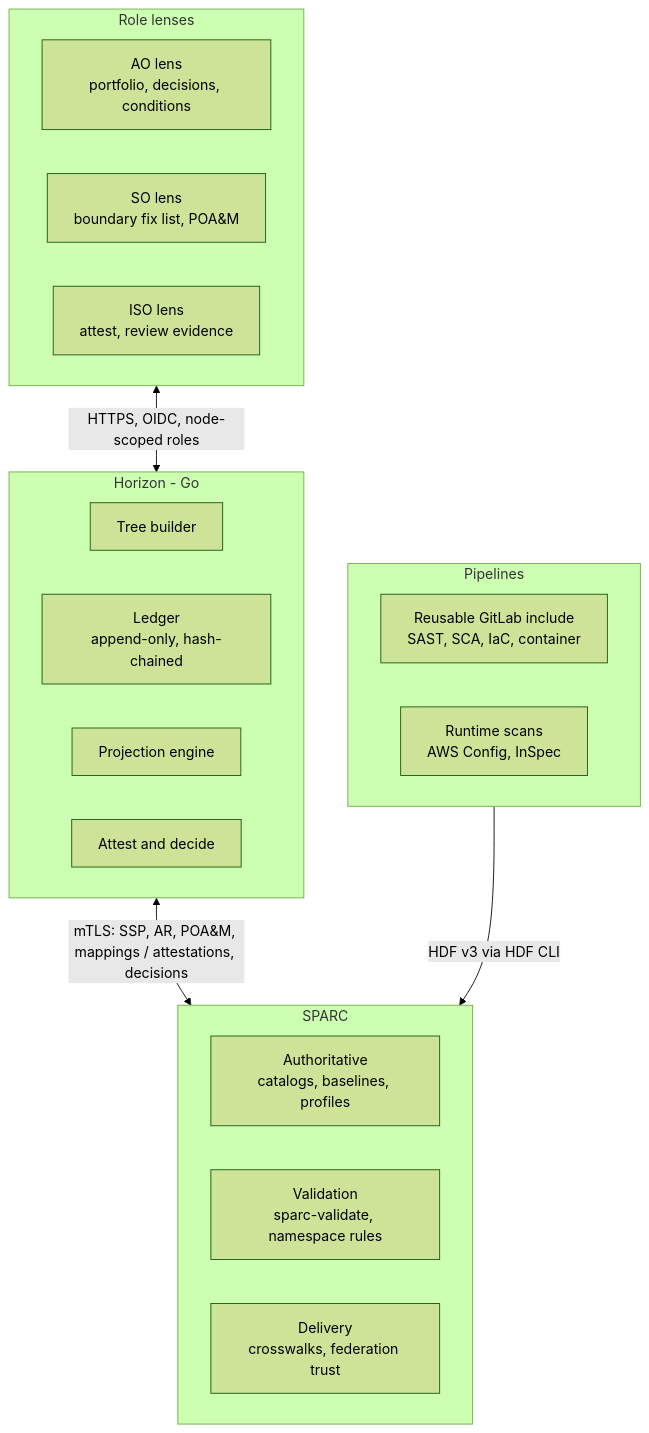
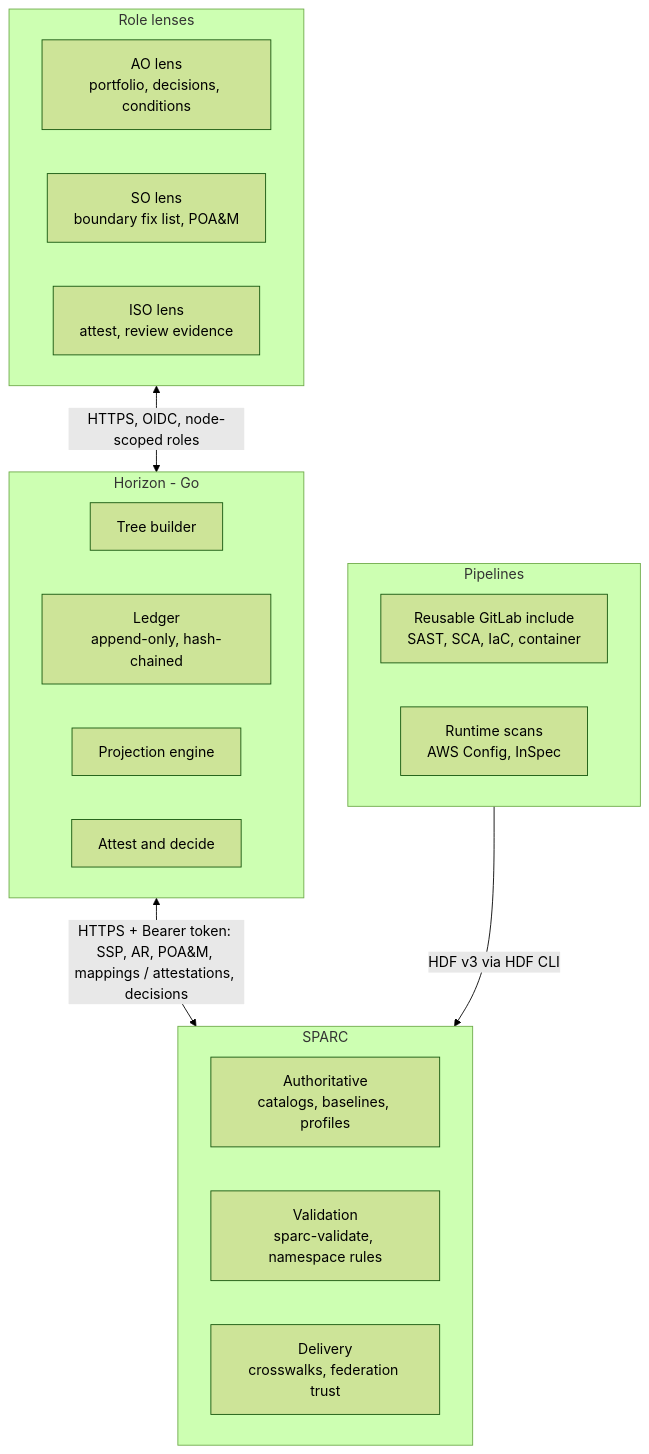
Before and after one commit to risk-sentinel/sparc-horizon: the diagram in docs/02-architecture.md, drawn with Mermaid (forest theme). The commit also changed other lines of this file and 15 other files, not shown here.

First line of the commit message:
Document the SPARC client and SPARC's SSP form; SC-8 and IA-5 partial (#124)

````diff
--- a/docs/02-architecture.md
+++ b/docs/02-architecture.md
@@ -5,26 +5,26 @@
 ```mermaid
 flowchart TB
   subgraph Lenses[Role lenses]
     AO[AO lens<br/>portfolio, decisions, conditions]
     SO[SO lens<br/>boundary fix list, POA&M]
     ISO[ISO lens<br/>attest, review evidence]
   end
   subgraph Horizon[Horizon - Go]
     TREE[Tree builder]
     LEDGER[Ledger<br/>append-only, hash-chained]
     PROJ[Projection engine]
     ACT[Attest and decide]
   end
   subgraph SPARC
     AUTH[Authoritative<br/>catalogs, baselines, profiles]
     VAL[Validation<br/>sparc-validate, namespace rules]
     DEL[Delivery<br/>crosswalks, federation trust]
   end
   subgraph Pipelines
     GL[Reusable GitLab include<br/>SAST, SCA, IaC, container]
     RT[Runtime scans<br/>AWS Config, InSpec]
   end
   Lenses <-->|HTTPS, OIDC, node-scoped roles| Horizon
-  Horizon <-->|mTLS: SSP, AR, POA&M, mappings / attestations, decisions| SPARC
+  Horizon <-->|HTTPS + Bearer token: SSP, AR, POA&M, mappings / attestations, decisions| SPARC
   Pipelines -->|HDF v3 via HDF CLI| SPARC
 ```
````
